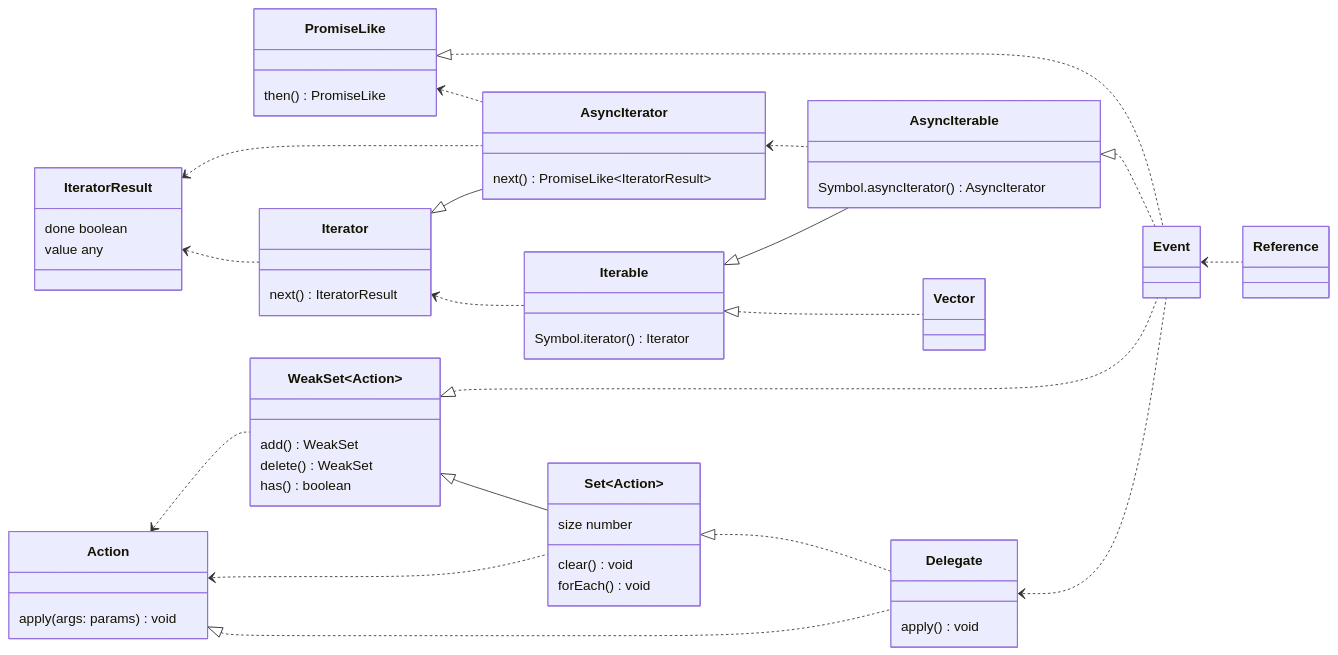
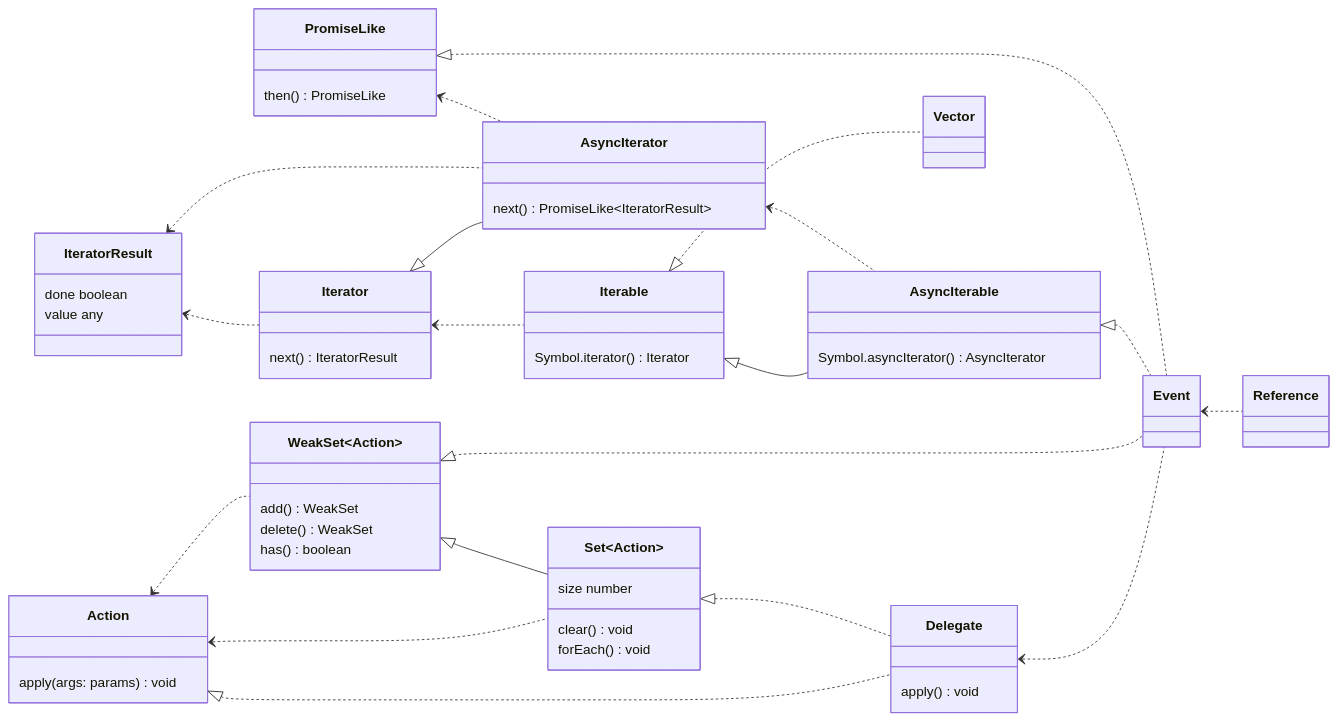
The fourth of 4 diagrams in README.md (domrally/peekeasy), drawn with Mermaid before and after one commit. The commit also changed other lines of this file, not shown here.

````diff
--- a/README.md
+++ b/README.md
@@ -208,62 +208,62 @@
 ```mermaid
 classDiagram
     direction LR
     PromiseLike <|.. Event
     PromiseLike <.. AsyncIterator
     IteratorResult <.. AsyncIterator
     Iterator <|-- AsyncIterator
     AsyncIterator <.. AsyncIterable
     Iterable <|-- AsyncIterable
     AsyncIterable <|.. Event
     IteratorResult <.. Iterator
     Iterator <.. Iterable
     Iterable <|.. Vector
+    Event <.. Reference
     WeakSet~Action~ <|.. Event
-    Action <.. WeakSet~Action~
-    Action <.. Set~Action~
-    Action <|.. Delegate
+    WeakSet~Action~ <|-- Set~Action~
     Set~Action~ <|.. Delegate
     Delegate <.. Event
-    Event <.. Reference
-    WeakSet~Action~ <|-- Set~Action~
+    Action <.. Set~Action~
+    Action <.. WeakSet~Action~
+    Action <|.. Delegate
     class IteratorResult {
         done boolean
         value any
     }
     class AsyncIterable {
         Symbol.asyncIterator() AsyncIterator
     }
     class Iterable {
         Symbol.iterator() Iterator
     }
     class Iterator {
         next() IteratorResult
     }
     class AsyncIterator {
         next() PromiseLike~IteratorResult~
     }
     class PromiseLike {
         then() PromiseLike
     }
     class WeakSet {
         add() WeakSet
         delete() WeakSet
         has() boolean
     }
     class Set {
         size number
         clear() void
         forEach() void
     }
     class Action {
         apply(args: params) void
     }
     class Delegate {
         apply() void
     }
     link Delegate "https://github.com/domrally/peekeasy/blob/main/src/delegate.ts" "delegate.ts"
     class Event
     link Event "https://github.com/domrally/peekeasy/blob/main/src/event.ts" "event.ts"
     class Vector
     link Vector "https://github.com/domrally/peekeasy/blob/main/src/vector.ts" "vector.ts"
 ```
````
